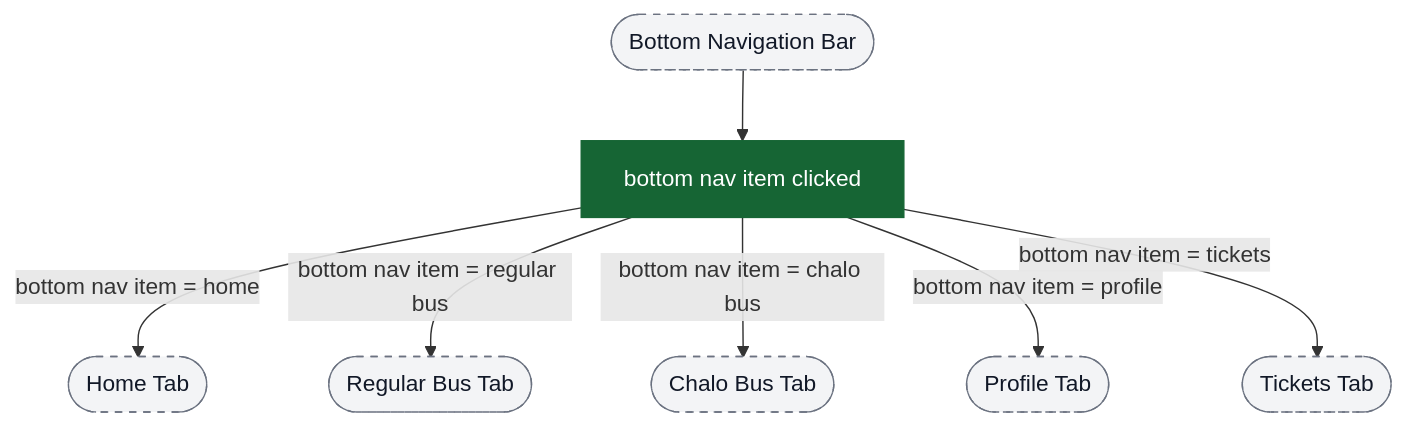
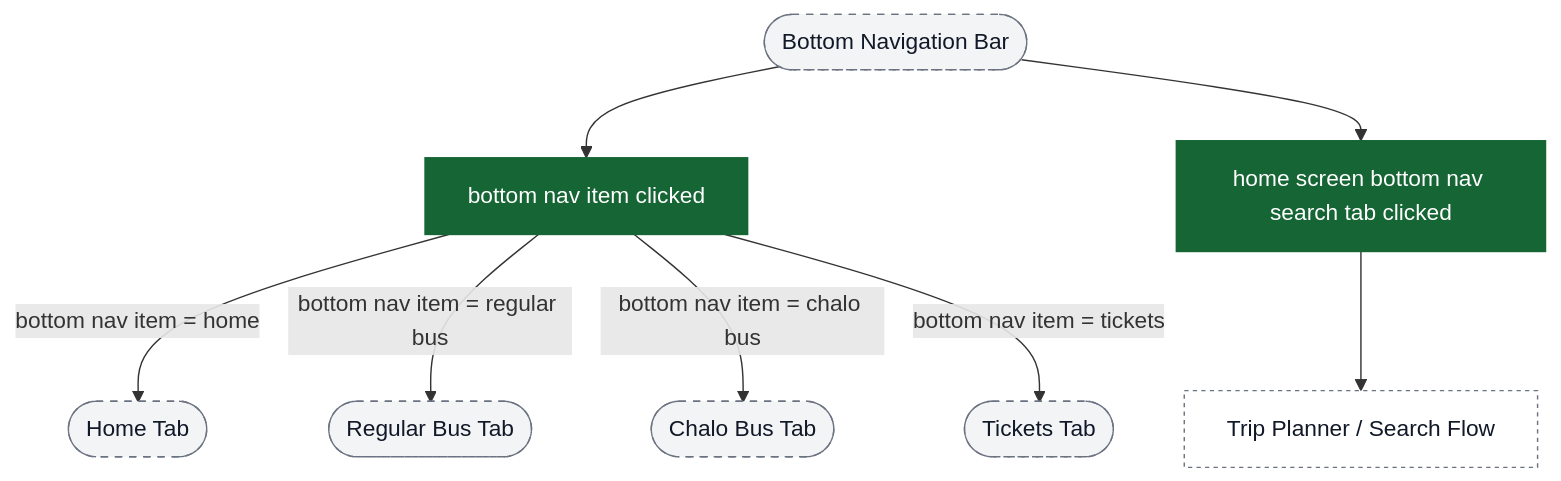
Before and after one commit to ratulsarna/chalo-app-dashboard: the second of 18 diagrams in content/analytics/home/flow-diagrams.md, drawn with Mermaid. The commit also changed other lines of this file and 3 other files, not shown here.

Commit message:
feat(analytics): update event definitions and flow diagrams for home and instant ticket purchase flows

````diff
--- a/content/analytics/home/flow-diagrams.md
+++ b/content/analytics/home/flow-diagrams.md
@@ -33,17 +34,24 @@
 ```mermaid
 flowchart TD
+  %%chalo:diagram-link ui_homeTab -> title:Tab 1: Home Screen Tab
+  %%chalo:diagram-link ui_regularBusTab -> title:Tab 2: Regular Bus Tab
+  %%chalo:diagram-link ui_chaloBusTab -> title:Tab 3: Chalo Bus (Premium Bus) Tab
+  %%chalo:diagram-link ui_ticketsTab -> title:Tab 5: Tickets/History Tab
   ui_bottomNav([Bottom Navigation Bar]) --> ev_bottomNavItemClicked["bottom nav item clicked"]
 
   ev_bottomNavItemClicked -->|bottom nav item = home| ui_homeTab([Home Tab])
   ev_bottomNavItemClicked -->|bottom nav item = regular bus| ui_regularBusTab([Regular Bus Tab])
   ev_bottomNavItemClicked -->|bottom nav item = chalo bus| ui_chaloBusTab([Chalo Bus Tab])
-  ev_bottomNavItemClicked -->|bottom nav item = profile| ui_profileTab([Profile Tab])
   ev_bottomNavItemClicked -->|bottom nav item = tickets| ui_ticketsTab([Tickets Tab])
+
+  ui_bottomNav --> ev_bottomNavSearchClicked["home screen bottom nav search tab clicked"]
+  ev_bottomNavSearchClicked --> external_searchFlow[Trip Planner / Search Flow]
 
   classDef event fill:#166534,stroke:#166534,color:#ffffff;
   classDef ui fill:#f3f4f6,stroke:#6b7280,stroke-dasharray: 5 5,color:#111827;
   classDef external fill:#ffffff,stroke:#6b7280,stroke-dasharray: 3 3,color:#111827;
 
-  class ev_bottomNavItemClicked event;
-  class ui_bottomNav,ui_homeTab,ui_regularBusTab,ui_chaloBusTab,ui_profileTab,ui_ticketsTab ui;
+  class ev_bottomNavItemClicked,ev_bottomNavSearchClicked event;
+  class ui_bottomNav,ui_homeTab,ui_regularBusTab,ui_chaloBusTab,ui_ticketsTab ui;
+  class external_searchFlow external;
 ```
````
